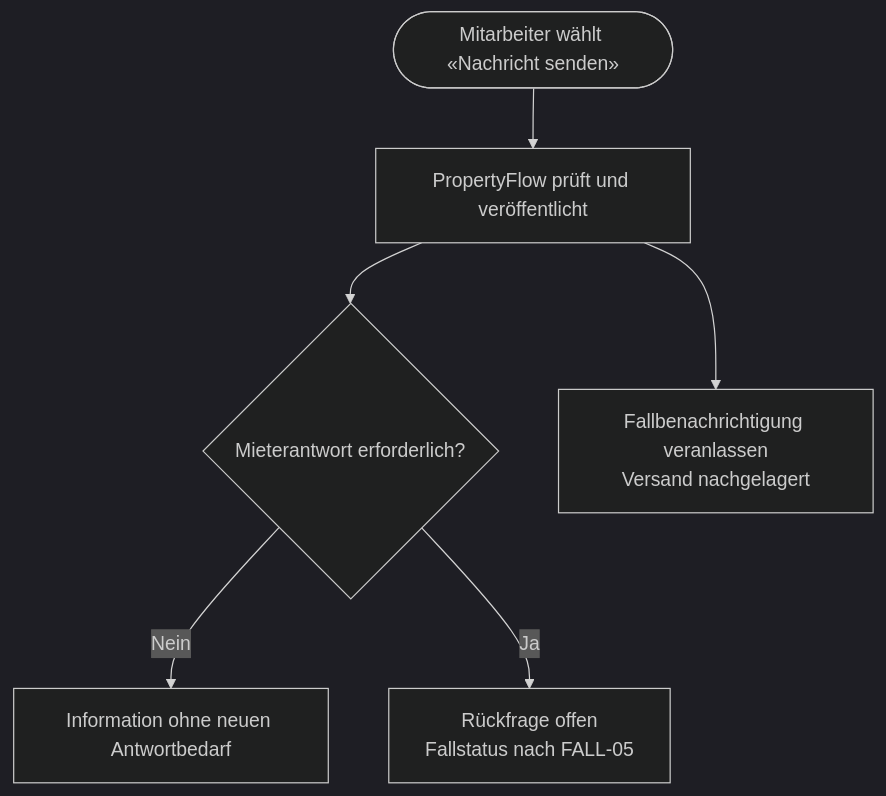
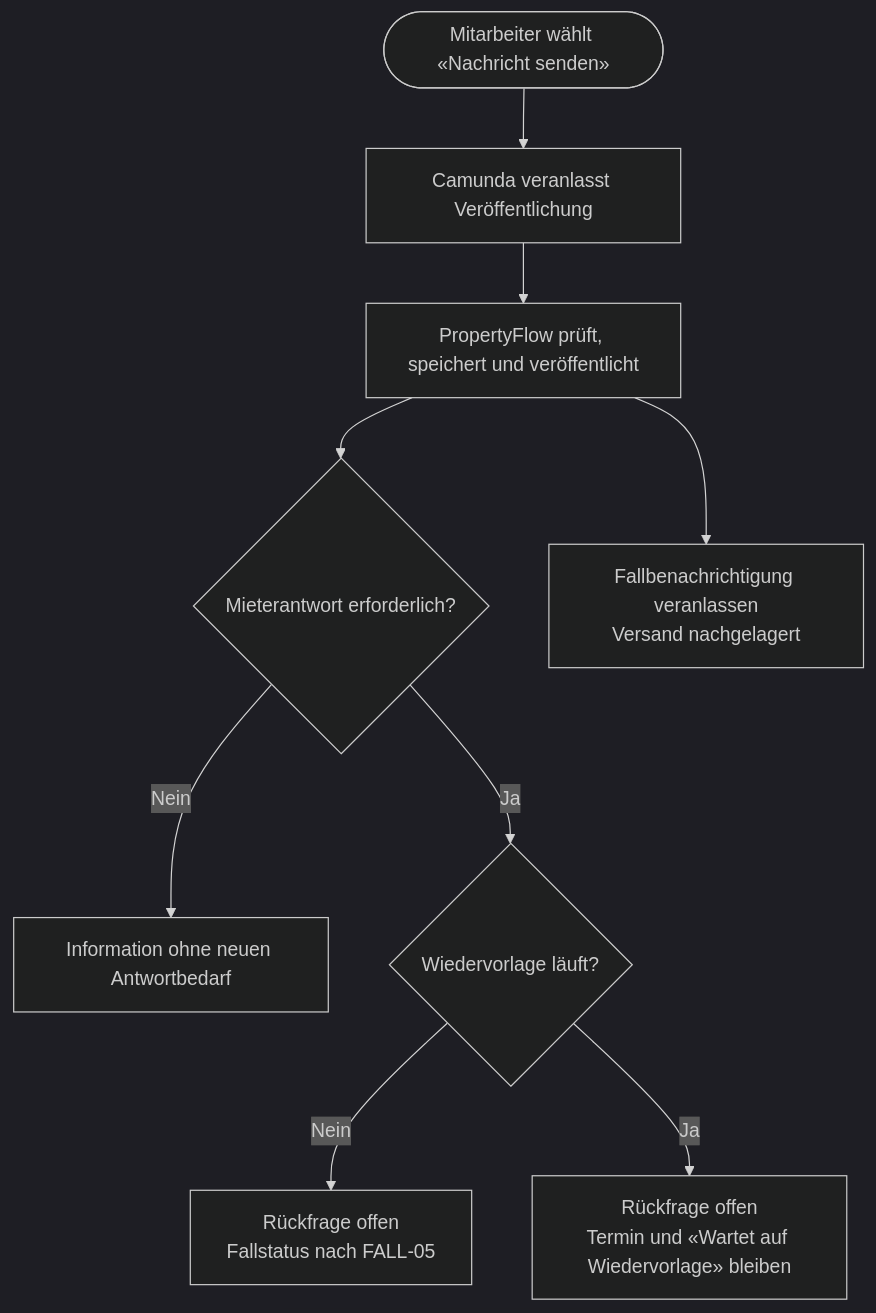
One commit to permarco/propertyflow changed the second of 2 diagrams in docs/use_cases/UC-010-externe-fallnachricht-veroeffentlichen.md. Above: the diagram before and after it, drawn with Mermaid (dark theme). The commit also changed other lines of this file and 67 other files, not shown here.

````diff
--- a/docs/use_cases/UC-010-externe-fallnachricht-veroeffentlichen.md
+++ b/docs/use_cases/UC-010-externe-fallnachricht-veroeffentlichen.md
@@ -46,14 +47,19 @@
 ```mermaid
 flowchart TD
     SENDEN(["Mitarbeiter wählt «Nachricht senden»"])
-    PUBLIKATION["PropertyFlow prüft und veröffentlicht"]
+    PROZESS["Camunda veranlasst Veröffentlichung"]
+    PUBLIKATION["PropertyFlow prüft, speichert und veröffentlicht"]
     ANTWORT{"Mieterantwort erforderlich?"}
     INFORMATION["Information ohne neuen Antwortbedarf"]
+    WIEDERVORLAGE{"Wiedervorlage läuft?"}
     RUECKFRAGE["Rückfrage offen<br/>Fallstatus nach FALL-05"]
+    TERMIN["Rückfrage offen<br/>Termin und «Wartet auf Wiedervorlage» bleiben"]
     MAIL["Fallbenachrichtigung veranlassen<br/>Versand nachgelagert"]
 
-    SENDEN --> PUBLIKATION --> ANTWORT
+    SENDEN --> PROZESS --> PUBLIKATION --> ANTWORT
     ANTWORT -->|"Nein"| INFORMATION
-    ANTWORT -->|"Ja"| RUECKFRAGE
+    ANTWORT -->|"Ja"| WIEDERVORLAGE
+    WIEDERVORLAGE -->|"Nein"| RUECKFRAGE
+    WIEDERVORLAGE -->|"Ja"| TERMIN
     PUBLIKATION --> MAIL
 ```
````
